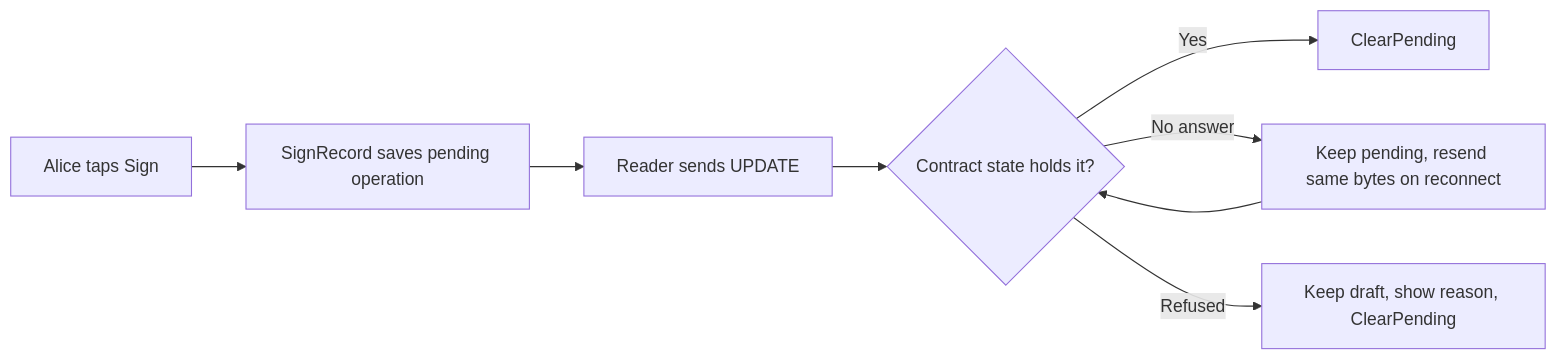
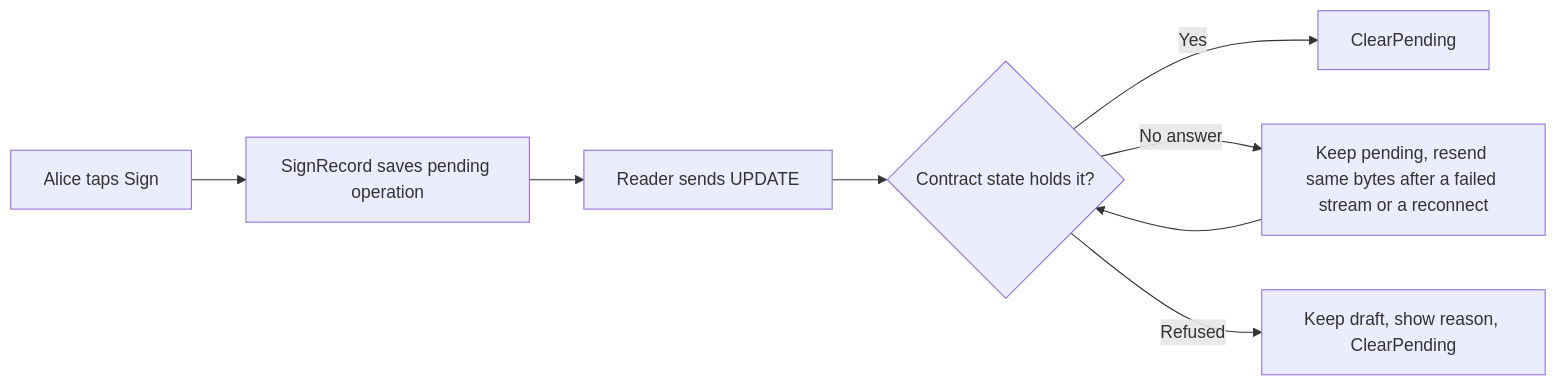
The third of 3 diagrams in 2-evy-on-freenet/04-data-and-actions.md (EVY-Platform/evy-freenet-plans), drawn with Mermaid before and after one commit. The commit also changed other lines of this file and 18 other files, not shown here.

````diff
--- a/2-evy-on-freenet/04-data-and-actions.md
+++ b/2-evy-on-freenet/04-data-and-actions.md
@@ -317,10 +317,10 @@
 ```mermaid
 flowchart LR
     Tap[Alice taps Sign] --> Sign[SignRecord saves pending operation]
     Sign --> Send[Reader sends UPDATE]
     Send --> Check{Contract state holds it?}
     Check -->|Yes| Clear[ClearPending]
-    Check -->|No answer| Wait[Keep pending, resend same bytes on reconnect]
+    Check -->|No answer| Wait[Keep pending, resend same bytes after a failed stream or a reconnect]
     Check -->|Refused| Refuse[Keep draft, show reason, ClearPending]
     Wait --> Check
 ```
````
